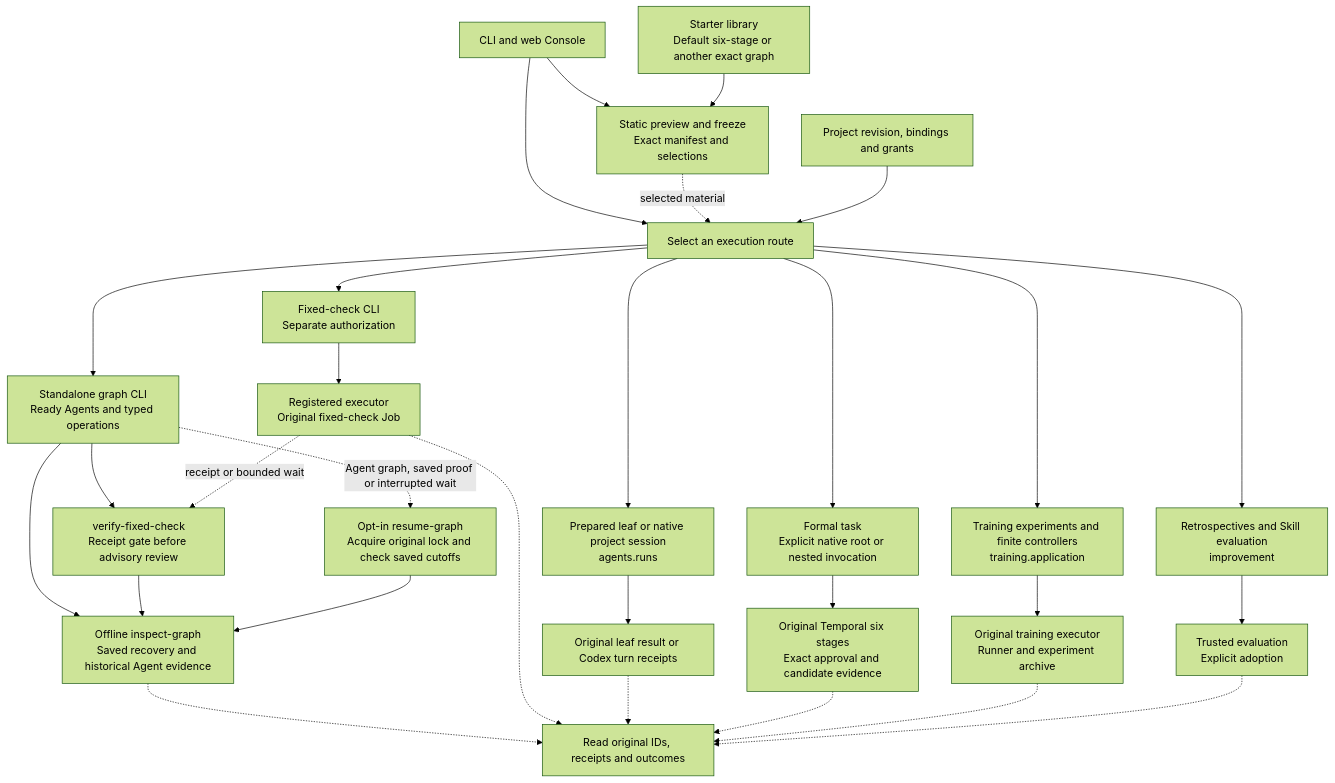
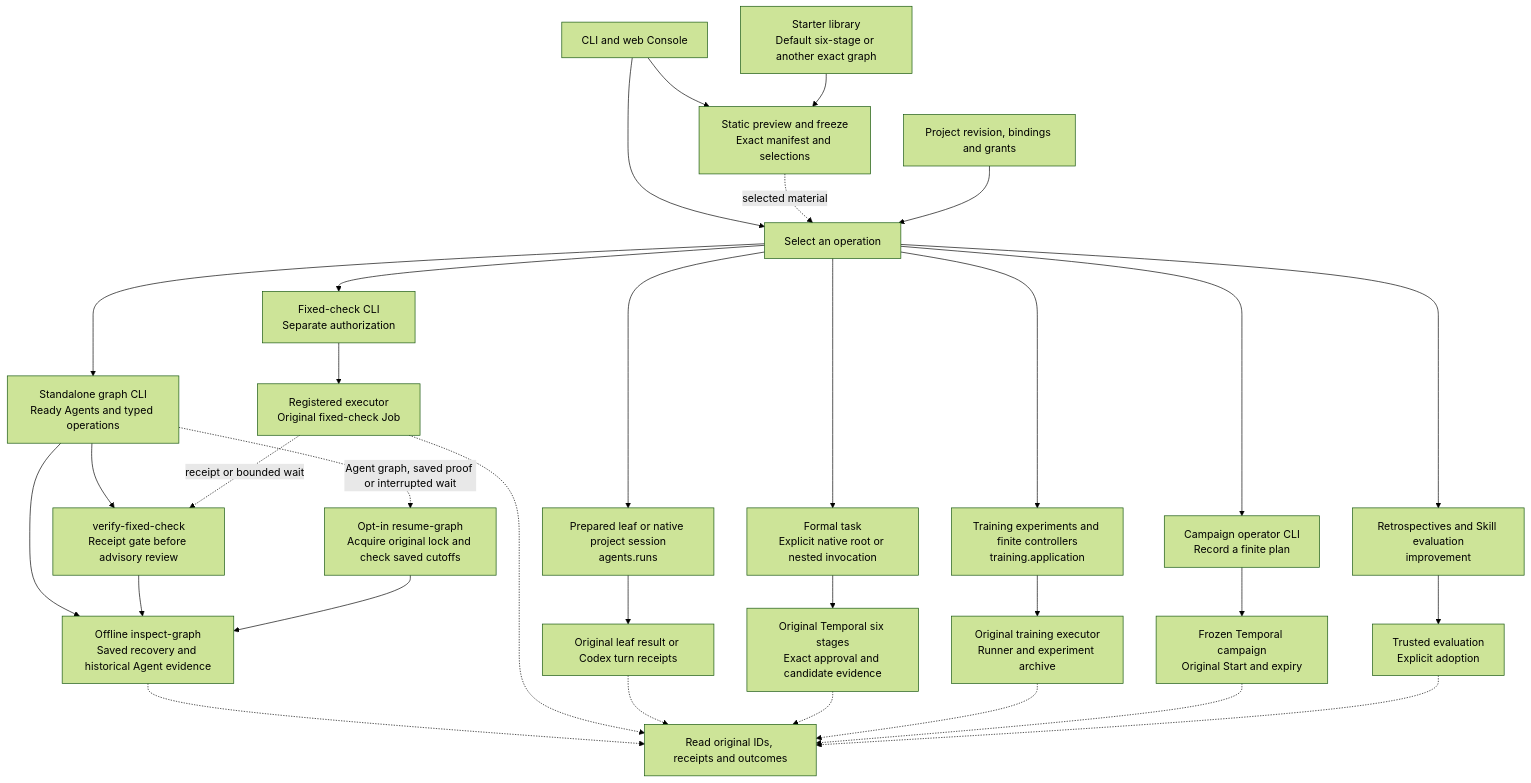
The diagram in docs/architecture/framework-tour.md (626619403/Ergora), drawn with Mermaid (forest theme) before and after one commit. The commit also changed other lines of this file, not shown here.

Commit message:
Map the local campaign operator entry

````diff
--- a/docs/architecture/framework-tour.md
+++ b/docs/architecture/framework-tour.md
@@ -13,34 +13,37 @@
 ```mermaid
 flowchart TB
-  Entry["CLI and web Console"] --> Select["Select an execution route"]
+  Entry["CLI and web Console"] --> Select["Select an operation"]
   Entry --> Freeze["Static preview and freeze<br/>Exact manifest and selections"]
   Assets["Starter library<br/>Default six-stage or another exact graph"] --> Freeze
   Freeze -. "selected material" .-> Select
   Config["Project revision, bindings and grants"] --> Select
 
   Select --> Check["Fixed-check CLI<br/>Separate authorization"]
   Select --> Graph["Standalone graph CLI<br/>Ready Agents and typed operations"]
   Select --> Session["Prepared leaf or native project session<br/>agents.runs"]
   Select --> Dev["Formal task<br/>Explicit native root or nested invocation"]
   Select --> Train["Training experiments and finite controllers<br/>training.application"]
+  Select --> Campaign["Campaign operator CLI<br/>Record a finite plan"]
   Select --> Improve["Retrospectives and Skill evaluation<br/>improvement"]
 
   Check --> CheckJob["Registered executor<br/>Original fixed-check Job"]
   Graph --> GraphProof["Offline inspect-graph<br/>Saved recovery and historical Agent evidence"]
   Graph --> Gate["verify-fixed-check<br/>Receipt gate before advisory review"]
   CheckJob -. "receipt or bounded wait" .-> Gate
   Gate --> GraphProof
   Graph -. "Agent graph, saved proof or interrupted wait" .-> Resume["Opt-in resume-graph<br/>Acquire original lock and check saved cutoffs"]
   Resume --> GraphProof
   Session --> Turn["Original leaf result or Codex turn receipts"]
   Dev --> Six["Original Temporal six stages<br/>Exact approval and candidate evidence"]
   Train --> Runner["Original training executor<br/>Runner and experiment archive"]
+  Campaign --> CampaignRun["Frozen Temporal campaign<br/>Original Start and expiry"]
   Improve --> Eval["Trusted evaluation<br/>Explicit adoption"]
 
   GraphProof -.-> Recover["Read original IDs, receipts and outcomes"]
   CheckJob -.-> Recover
   Turn -.-> Recover
   Six -.-> Recover
   Runner -.-> Recover
+  CampaignRun -.-> Recover
   Eval -.-> Recover
 ```
````
